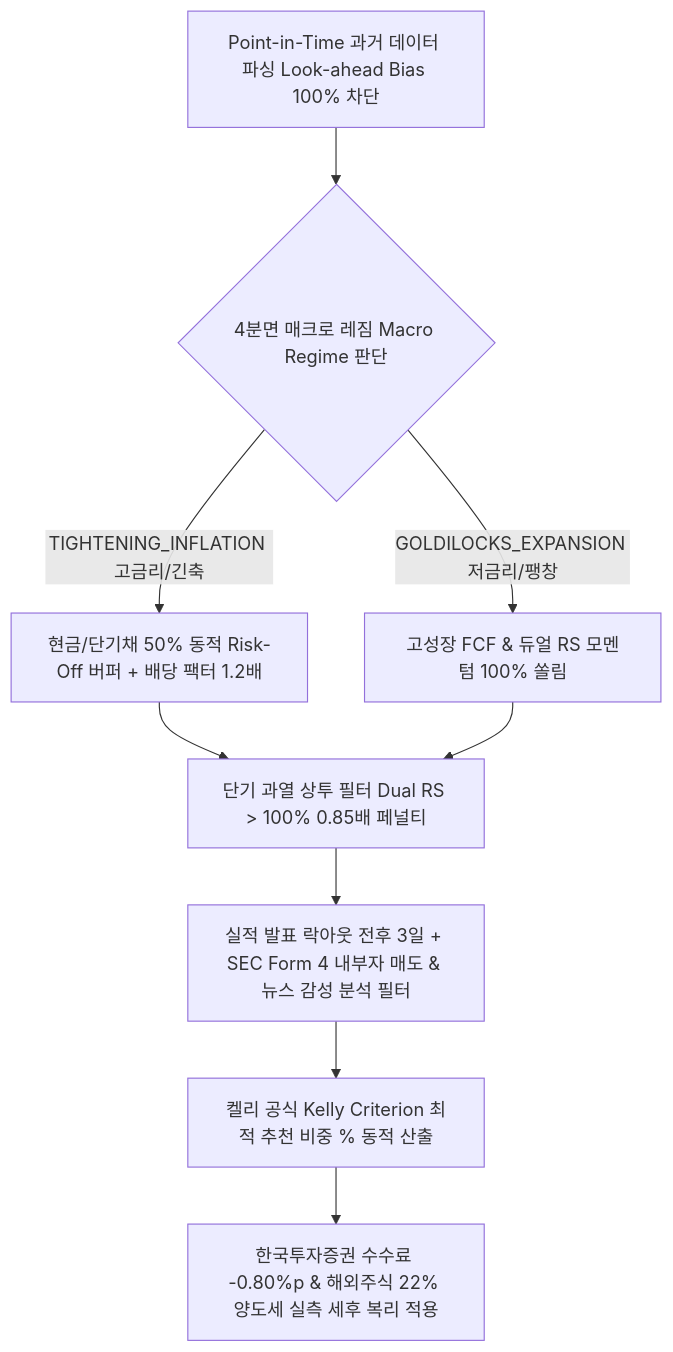
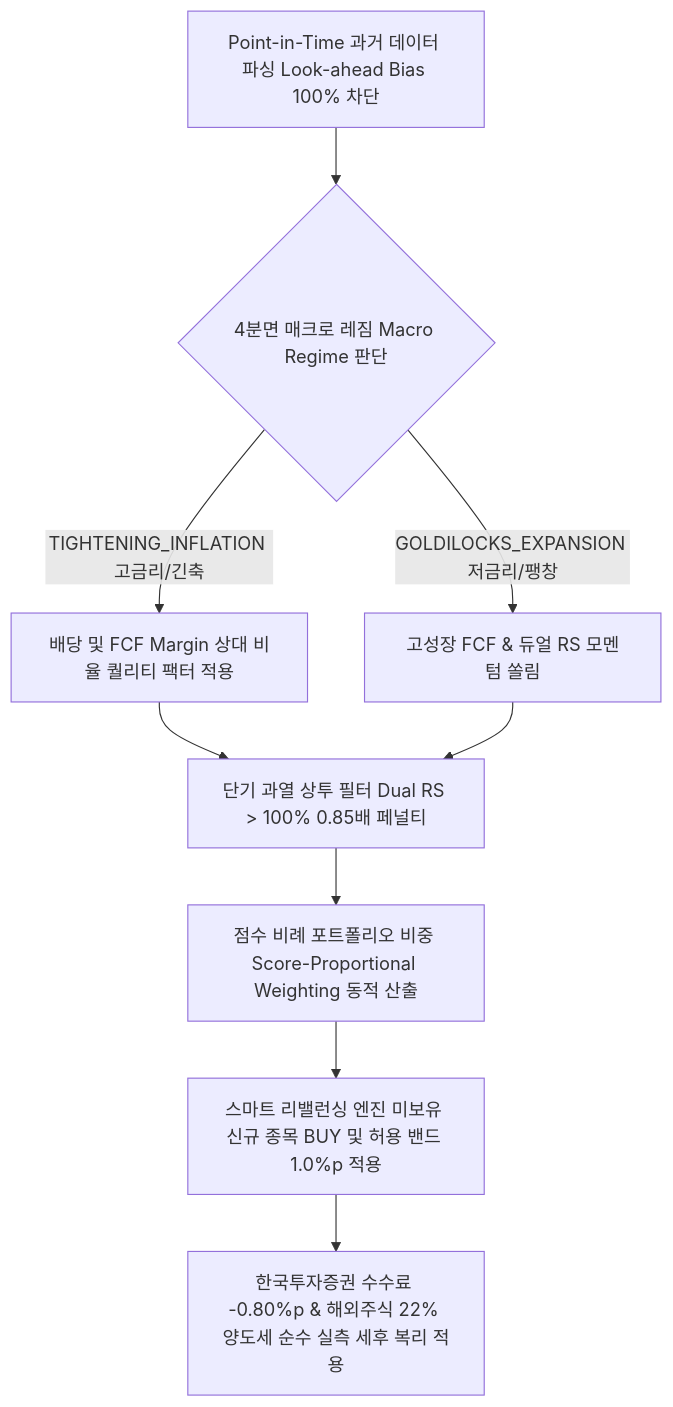
One commit to tjrdlsck/StockLatte changed the diagram in docs/STRATEGY_AUDIT_REPORT.md. Above: the diagram before and after it, drawn with Mermaid. The commit also changed other lines of this file and 9 other files, not shown here.

````diff
--- a/docs/STRATEGY_AUDIT_REPORT.md
+++ b/docs/STRATEGY_AUDIT_REPORT.md
@@ -11,11 +11,11 @@
 ```mermaid
 graph TD
     A[Point-in-Time 과거 데이터 파싱 Look-ahead Bias 100% 차단] --> B{4분면 매크로 레짐 Macro Regime 판단}
-    B -->|TIGHTENING_INFLATION 고금리/긴축| C[현금/단기채 50% 동적 Risk-Off 버퍼 + 배당 팩터 1.2배]
-    B -->|GOLDILOCKS_EXPANSION 저금리/팽창| D[고성장 FCF & 듀얼 RS 모멘텀 100% 쏠림]
+    B -->|TIGHTENING_INFLATION 고금리/긴축| C[배당 및 FCF Margin 상대 비율 퀄리티 팩터 적용]
+    B -->|GOLDILOCKS_EXPANSION 저금리/팽창| D[고성장 FCF & 듀얼 RS 모멘텀 쏠림]
     C --> E[단기 과열 상투 필터 Dual RS > 100% 0.85배 페널티]
     D --> E
-    E --> F[실적 발표 락아웃 전후 3일 + SEC Form 4 내부자 매도 & 뉴스 감성 분석 필터]
-    F --> G[켈리 공식 Kelly Criterion 최적 추천 비중 % 동적 산출]
-    G --> H[한국투자증권 수수료 -0.80%p & 해외주식 22% 양도세 실측 세후 복리 적용]
+    E --> F[점수 비례 포트폴리오 비중 Score-Proportional Weighting 동적 산출]
+    F --> G[스마트 리밸런싱 엔진 미보유 신규 종목 BUY 및 허용 밴드 1.0%p 적용]
+    G --> H[한국투자증권 수수료 -0.80%p & 해외주식 22% 양도세 순수 실측 세후 복리 적용]
 ```
````
